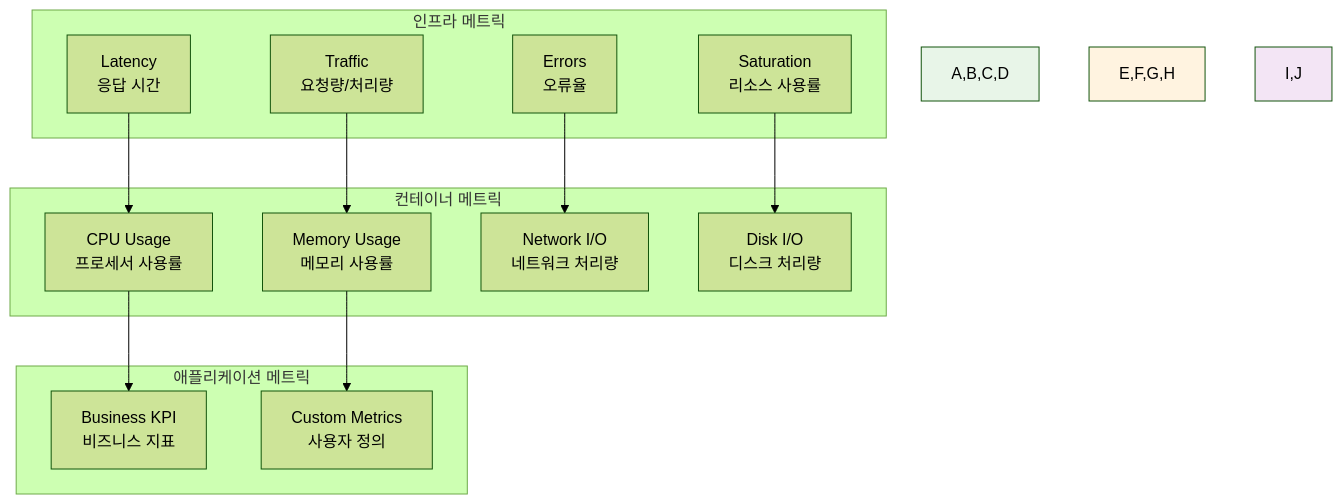
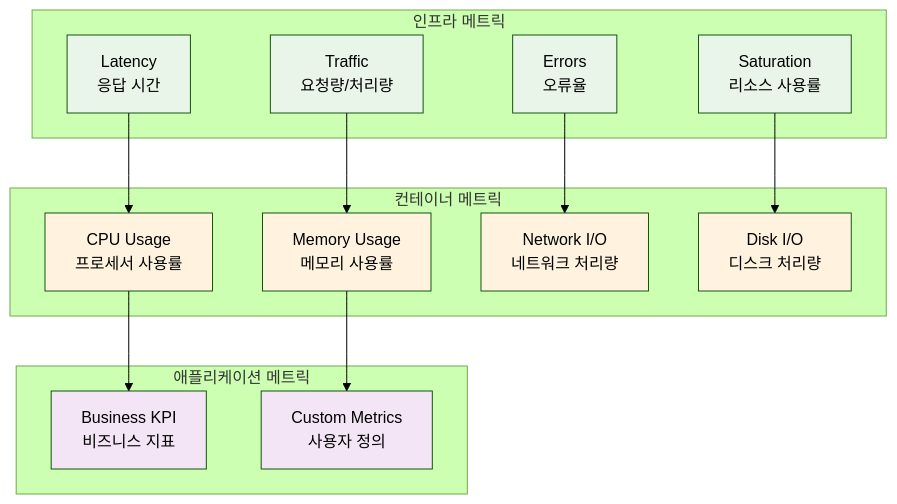
One commit to niceguy61/kdt_devops_lecture_2025 changed the third of 4 diagrams in theory/week_02/day3/session_1.md. Above: the diagram before and after it, drawn with Mermaid (forest theme). The commit also changed 12 other files, not shown here.

Commit message:
mermaid 수정

````diff
--- a/theory/week_02/day3/session_1.md
+++ b/theory/week_02/day3/session_1.md
@@ -107,32 +107,39 @@
 ```mermaid
 graph TB
     subgraph "인프라 메트릭"
         A[Latency<br/>응답 시간]
         B[Traffic<br/>요청량/처리량]
         C[Errors<br/>오류율]
         D[Saturation<br/>리소스 사용률]
     end
     
     subgraph "컨테이너 메트릭"
         E[CPU Usage<br/>프로세서 사용률]
         F[Memory Usage<br/>메모리 사용률]
         G[Network I/O<br/>네트워크 처리량]
         H[Disk I/O<br/>디스크 처리량]
     end
     
     subgraph "애플리케이션 메트릭"
         I[Business KPI<br/>비즈니스 지표]
         J[Custom Metrics<br/>사용자 정의]
     end
     
     A --> E
     B --> F
     C --> G
     D --> H
     E --> I
     F --> J
     
-    style A,B,C,D fill:#e8f5e8
-    style E,F,G,H fill:#fff3e0
-    style I,J fill:#f3e5f5
+    style A fill:#e8f5e8
+    style B fill:#e8f5e8
+    style C fill:#e8f5e8
+    style D fill:#e8f5e8
+    style E fill:#fff3e0
+    style F fill:#fff3e0
+    style G fill:#fff3e0
+    style H fill:#fff3e0
+    style I fill:#f3e5f5
+    style J fill:#f3e5f5
 ```
````
